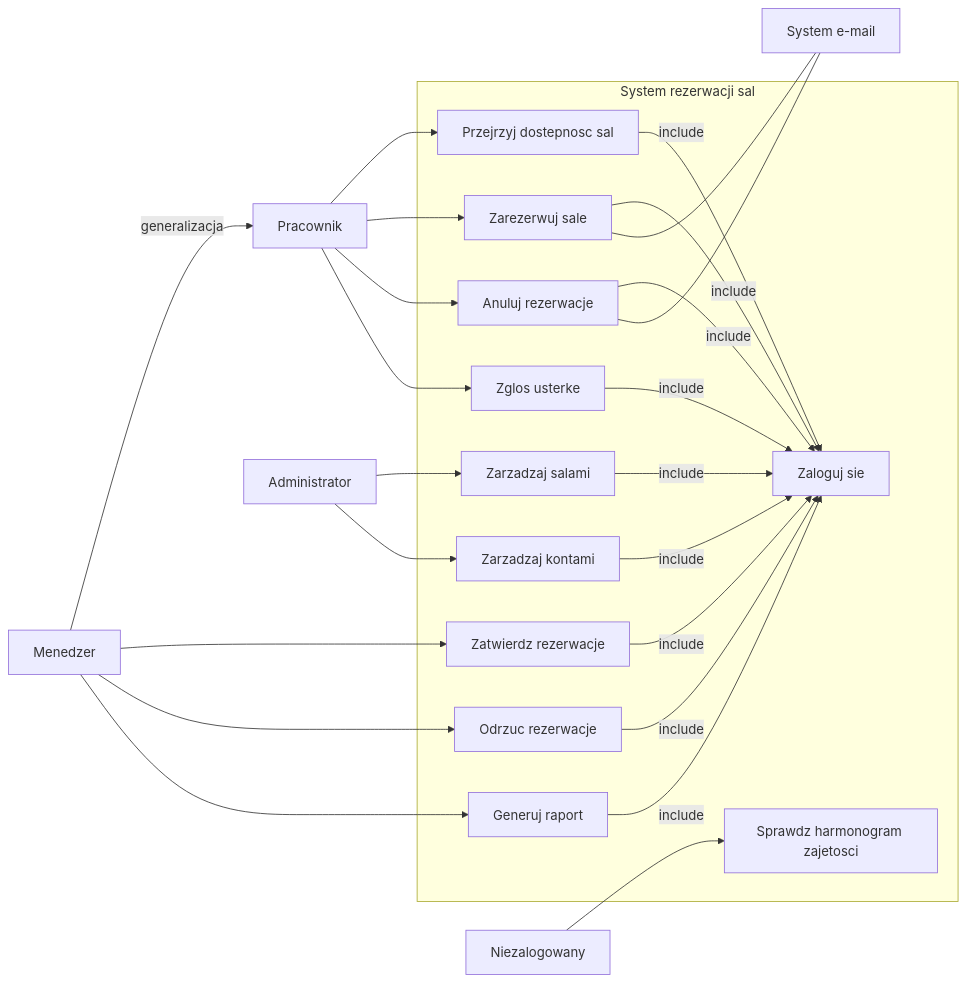
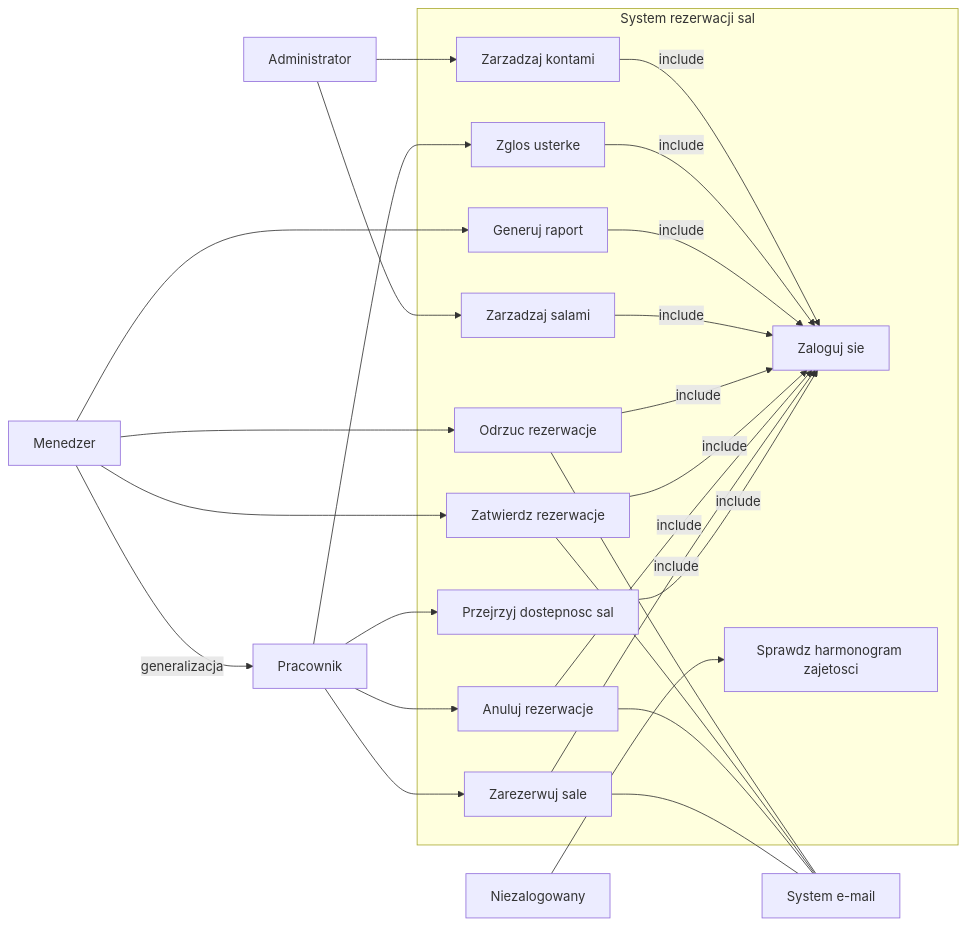
Before and after one commit to Patryk115/IW_mermaid_lab5: the diagram in README.md, drawn with Mermaid.

````diff
--- a/README.md
+++ b/README.md
@@ -1,45 +1,46 @@
 ```mermaid
 
 graph LR
     subgraph SYS["System rezerwacji sal"]
         UC1["Przejrzyj dostepnosc sal"]
         UC2["Zarezerwuj sale"]
         UC3["Anuluj rezerwacje"]
         UC4["Zatwierdz rezerwacje"]
         UC_Odrzuc["Odrzuc rezerwacje"]
         UC5["Zaloguj sie"]
         UC6["Zarzadzaj salami"]
         UC7["Generuj raport"]
         UC8["Zglos usterke"]
         UC10["Zarzadzaj kontami"]
         UC11["Sprawdz harmonogram zajetosci"]
     end
 
     N["Niezalogowany"]
     P["Pracownik"]
     M["Menedzer"]
     A["Administrator"]
     E["System e-mail"]
 
     M -->|generalizacja| P
 
     N --> UC11
     P --> UC1 & UC2 & UC3 & UC8
     M --> UC4 & UC_Odrzuc & UC7
     A --> UC6 & UC10
 
     UC1 -->|include| UC5
     UC2 -->|include| UC5
     UC3 -->|include| UC5
     UC4 -->|include| UC5
     UC_Odrzuc -->|include| UC5
     UC6 -->|include| UC5
     UC7 -->|include| UC5
     UC8 -->|include| UC5
     UC10 -->|include| UC5
 
     UC2 --- E
     UC3 --- E
-
+    UC4 --- E
+    UC_Odrzuc --- E
 
 ```
````
